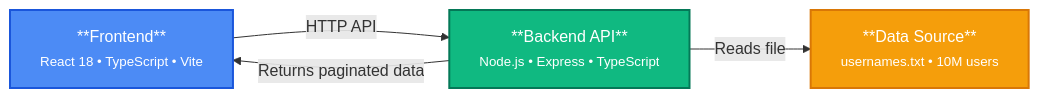
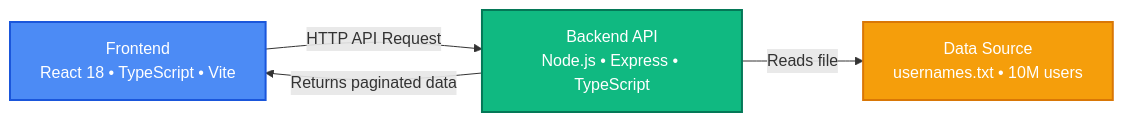
Before and after one commit to YassmineEm/User-Management: the diagram in README.md, drawn with Mermaid.

````diff
--- a/README.md
+++ b/README.md
@@ -34,15 +34,19 @@
 ```mermaid
 flowchart LR
-    Frontend["**Frontend**<br/><small>React 18 • TypeScript • Vite</small>"] -->|"HTTP API"| Backend["**Backend API**<br/><small>Node.js • Express • TypeScript</small>"]
-    Backend -->|"Reads file"| DataFile["**Data Source**<br/><small>usernames.txt • 10M users</small>"]
+    Frontend["Frontend<br/>React 18 • TypeScript • Vite"]
+    Backend["Backend API<br/>Node.js • Express • TypeScript"]
+    DataFile["Data Source<br/>usernames.txt • 10M users"]
+    
+    Frontend -->|"HTTP API Request"| Backend
+    Backend -->|"Reads file"| DataFile
     Backend -->|"Returns paginated data"| Frontend
 
-    %% Styles
+    %% Styles avec couleurs
     classDef frontend fill:#4C8BF5,stroke:#1A56DB,stroke-width:2px,color:white
     classDef backend fill:#10B981,stroke:#047857,stroke-width:2px,color:white
     classDef datafile fill:#F59E0B,stroke:#D97706,stroke-width:2px,color:white
     
     class Frontend frontend
     class Backend backend
     class DataFile datafile
 ```
````
